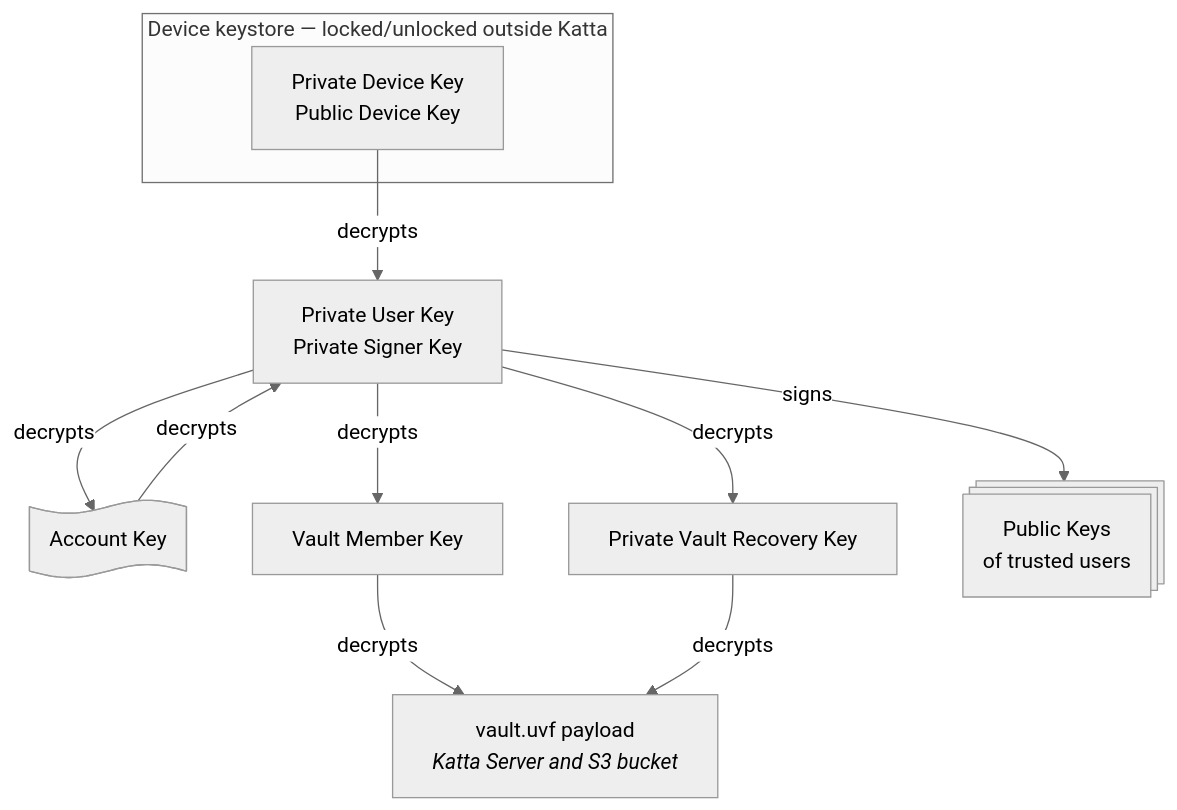
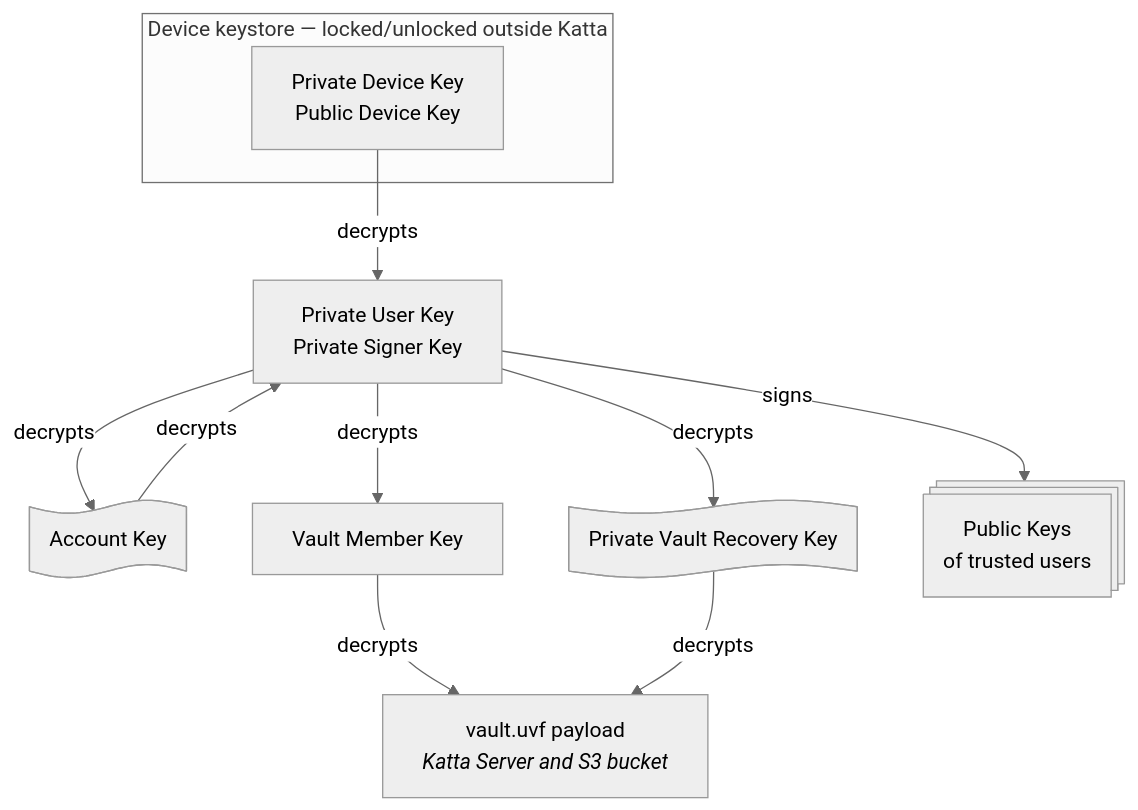
The diagram in docs/architecture/security.md (shift7-ch/katta-docs), drawn with Mermaid (neutral theme) before and after one commit.

Commit message:
vault recovery key is also a "paper key"

````diff
--- a/docs/architecture/security.md
+++ b/docs/architecture/security.md
@@ -30,22 +30,22 @@
 ```mermaid
 flowchart TB
     subgraph keystore["Device keystore — locked/unlocked outside Katta"]
         devkey["Private Device Key<br/>Public Device Key"]
     end
 
     userkeys["Private User Key<br/>Private Signer Key"]
     accoukey["Account Key"]@{shape: paper-tape}
     membekey["Vault Member Key"]
-    recovkey["Private Vault Recovery Key"]
+    recovkey["Private Vault Recovery Key"]@{shape: paper-tape}
     trusted["Public Keys<br/>of trusted users"]@{shape: procs}
     uvf["vault.uvf payload<br/><i>Katta Server and S3 bucket</i>"]
 
     devkey -- decrypts --> userkeys
     accoukey -- decrypts --> userkeys
     userkeys -- decrypts --> accoukey
     userkeys -- decrypts --> membekey
     userkeys -- decrypts --> recovkey
     userkeys -- signs --> trusted
     membekey -- decrypts --> uvf
     recovkey -- decrypts --> uvf
 ```
````
